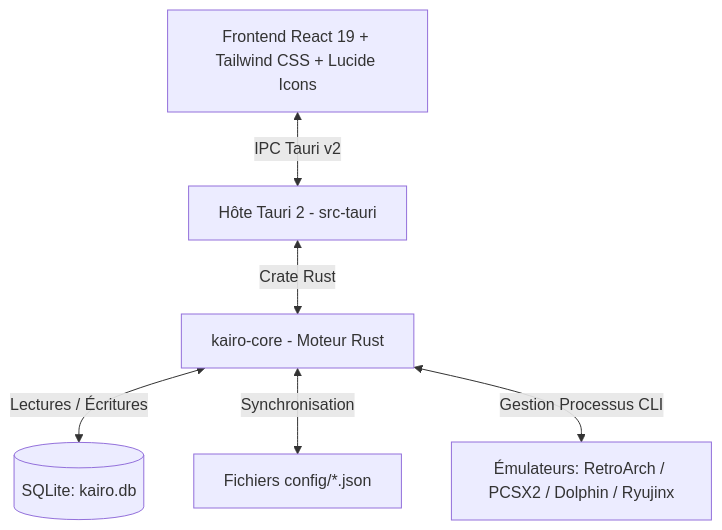
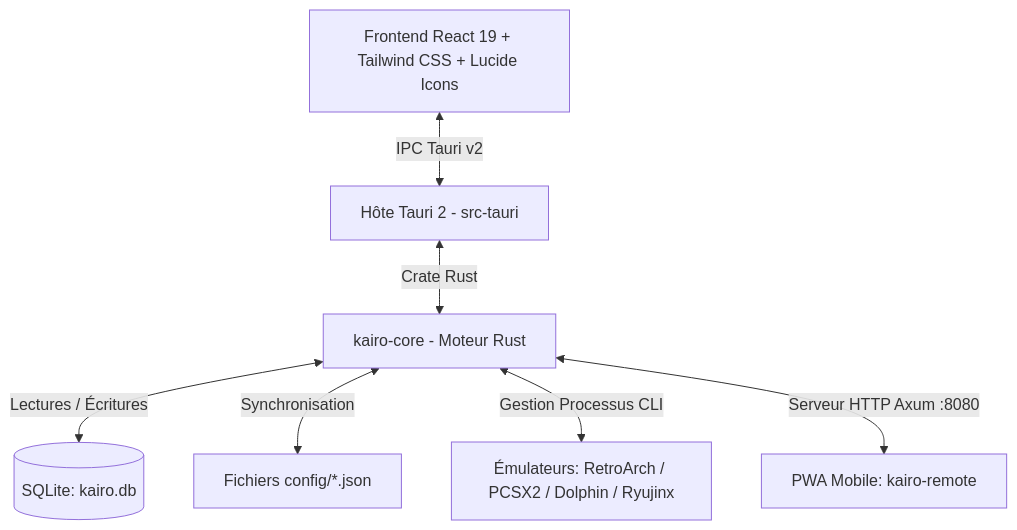
Before and after one commit to NayrolfRdgs/KairoOS: the diagram in KAIRO_SYSTEM_OVERVIEW.md, drawn with Mermaid. The commit also changed other lines of this file, not shown here.

Commit message:
docs: update KAIRO_SYSTEM_OVERVIEW.md for Jalon 3 (remote server, kiosk mode, pwa)

````diff
--- a/KAIRO_SYSTEM_OVERVIEW.md
+++ b/KAIRO_SYSTEM_OVERVIEW.md
@@ -28,8 +26,9 @@
 ```mermaid
 graph TD
     UI[Frontend React 19 + Tailwind CSS + Lucide Icons] <-->|IPC Tauri v2| Host[Hôte Tauri 2 - src-tauri]
     Host <-->|Crate Rust| Core[kairo-core - Moteur Rust]
     Core <-->|Lectures / Écritures| DB[(SQLite: kairo.db)]
     Core <-->|Synchronisation| JSON[Fichiers config/*.json]
     Core <-->|Gestion Processus CLI| EMU[Émulateurs: RetroArch / PCSX2 / Dolphin / Ryujinx]
+    Core <-->|Serveur HTTP Axum :8080| PWA[PWA Mobile: kairo-remote]
 ```
````
